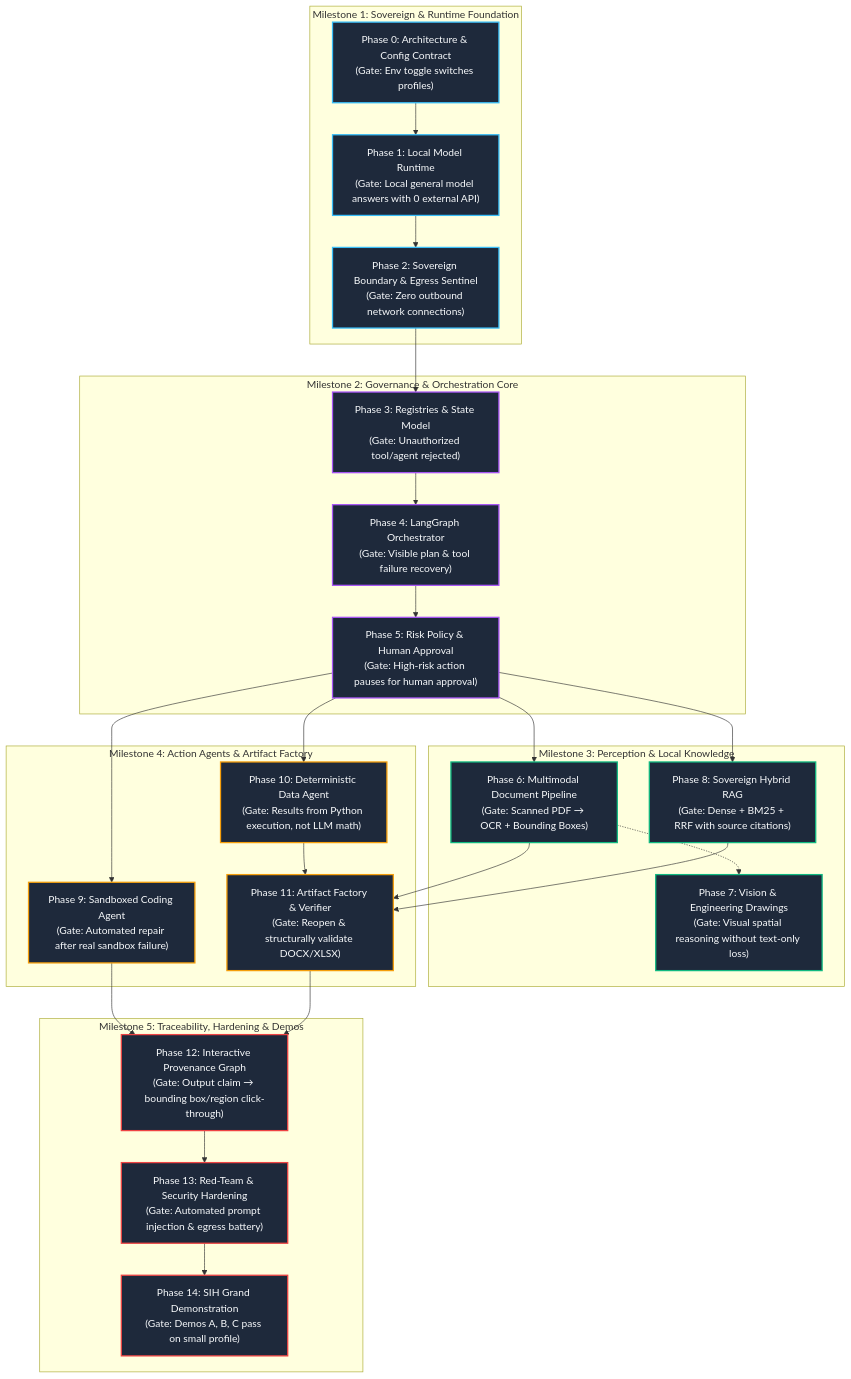
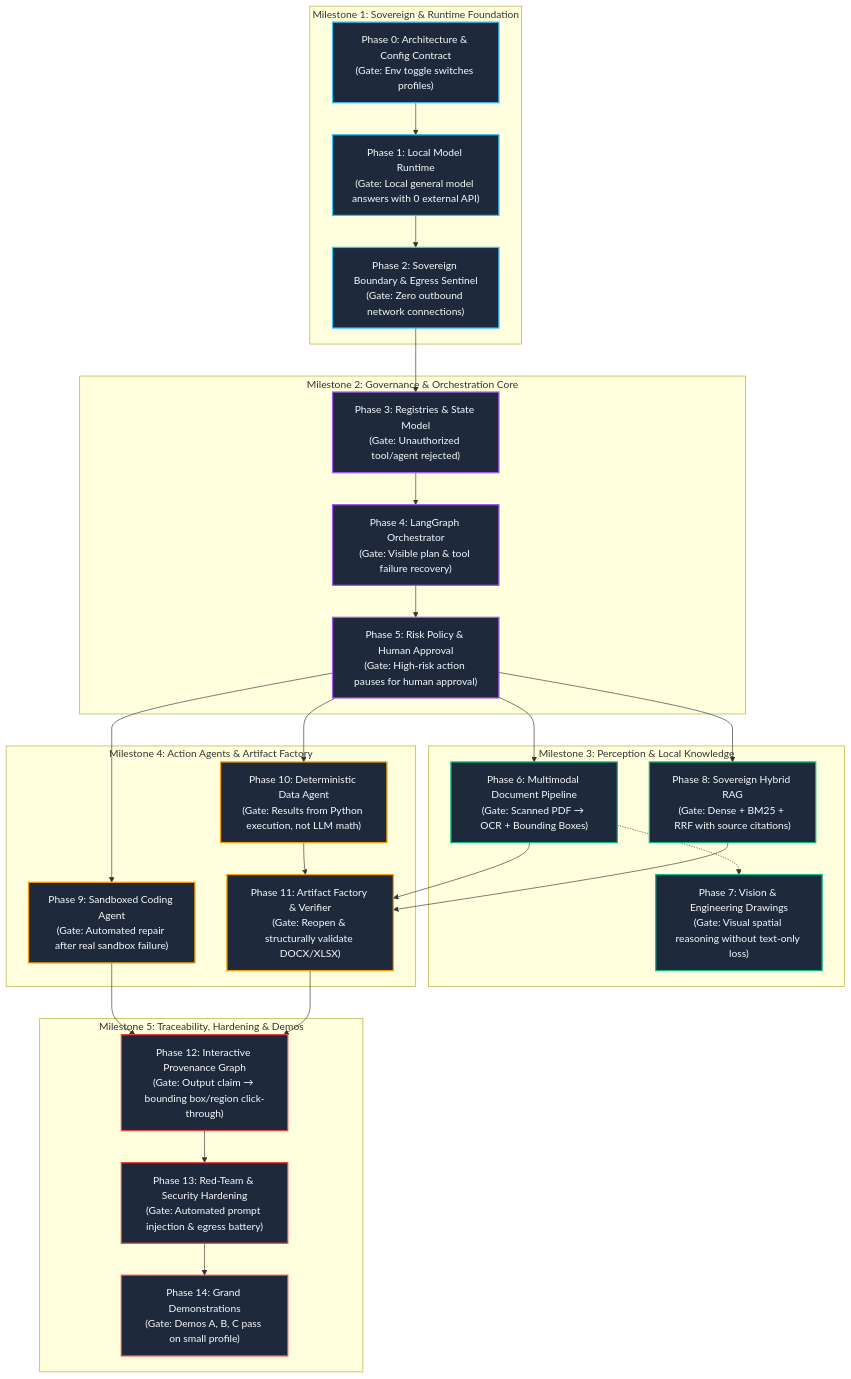
Before and after one commit to Shivanshm29/Soveriegn-AI-WorkBench: the first of 4 diagrams in WORKFLOW.md, drawn with Mermaid. The commit also changed other lines of this file and 17 other files, not shown here.

````diff
--- a/WORKFLOW.md
+++ b/WORKFLOW.md
@@ -11,57 +11,57 @@
 ```mermaid
 flowchart TD
     subgraph M1["Milestone 1: Sovereign & Runtime Foundation"]
         P0["Phase 0: Architecture & Config Contract\n(Gate: Env toggle switches profiles)"]
         P1["Phase 1: Local Model Runtime\n(Gate: Local general model answers with 0 external API)"]
         P2["Phase 2: Sovereign Boundary & Egress Sentinel\n(Gate: Zero outbound network connections)"]
         P0 --> P1 --> P2
     end
 
     subgraph M2["Milestone 2: Governance & Orchestration Core"]
         P3["Phase 3: Registries & State Model\n(Gate: Unauthorized tool/agent rejected)"]
         P4["Phase 4: LangGraph Orchestrator\n(Gate: Visible plan & tool failure recovery)"]
         P5["Phase 5: Risk Policy & Human Approval\n(Gate: High-risk action pauses for human approval)"]
         P2 --> P3 --> P4 --> P5
     end
 
     subgraph M3["Milestone 3: Perception & Local Knowledge"]
         P6["Phase 6: Multimodal Document Pipeline\n(Gate: Scanned PDF → OCR + Bounding Boxes)"]
         P7["Phase 7: Vision & Engineering Drawings\n(Gate: Visual spatial reasoning without text-only loss)"]
         P8["Phase 8: Sovereign Hybrid RAG\n(Gate: Dense + BM25 + RRF with source citations)"]
         P5 --> P6
         P5 --> P8
         P6 -.-> P7
     end
 
     subgraph M4["Milestone 4: Action Agents & Artifact Factory"]
         P9["Phase 9: Sandboxed Coding Agent\n(Gate: Automated repair after real sandbox failure)"]
         P10["Phase 10: Deterministic Data Agent\n(Gate: Results from Python execution, not LLM math)"]
         P11["Phase 11: Artifact Factory & Verifier\n(Gate: Reopen & structurally validate DOCX/XLSX)"]
         P6 --> P11
         P8 --> P11
         P5 --> P9
         P5 --> P10
         P10 --> P11
     end
 
     subgraph M5["Milestone 5: Traceability, Hardening & Demos"]
         P12["Phase 12: Interactive Provenance Graph\n(Gate: Output claim → bounding box/region click-through)"]
         P13["Phase 13: Red-Team & Security Hardening\n(Gate: Automated prompt injection & egress battery)"]
-        P14["Phase 14: SIH Grand Demonstration\n(Gate: Demos A, B, C pass on small profile)"]
+        P14["Phase 14: Grand Demonstrations\n(Gate: Demos A, B, C pass on small profile)"]
         P9 --> P12
         P11 --> P12
         P12 --> P13 --> P14
     end
 
     classDef foundation fill:#1e293b,stroke:#38bdf8,stroke-width:2px,color:#f8fafc;
     classDef governance fill:#1e293b,stroke:#a855f7,stroke-width:2px,color:#f8fafc;
     classDef perception fill:#1e293b,stroke:#10b981,stroke-width:2px,color:#f8fafc;
     classDef action fill:#1e293b,stroke:#f59e0b,stroke-width:2px,color:#f8fafc;
     classDef assurance fill:#1e293b,stroke:#ef4444,stroke-width:2px,color:#f8fafc;
 
     class P0,P1,P2 foundation;
     class P3,P4,P5 governance;
     class P6,P7,P8 perception;
     class P9,P10,P11 action;
     class P12,P13,P14 assurance;
 ```
````
